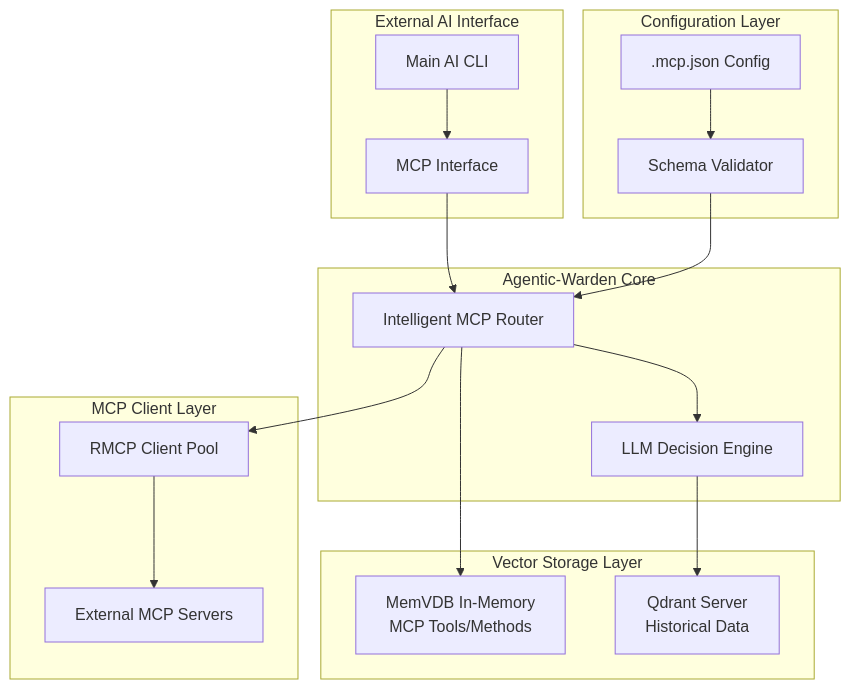
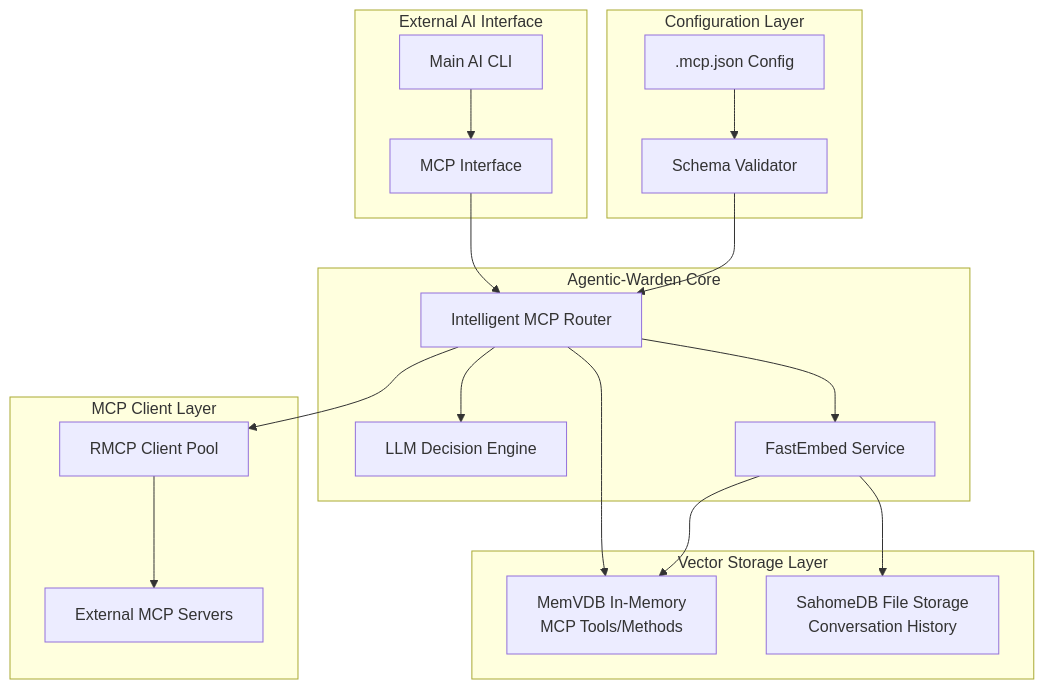
The fifth of 6 diagrams in SPEC/02-ARCHITECTURE.md (putao520/agentic-warden), drawn with Mermaid before and after one commit. The commit also changed other lines of this file and 31 other files, not shown here.

````diff
--- a/SPEC/02-ARCHITECTURE.md
+++ b/SPEC/02-ARCHITECTURE.md
@@ -580,37 +580,40 @@
 ```mermaid
 graph TB
     subgraph "External AI Interface"
         MainAI[Main AI CLI]
         MCPInterface[MCP Interface]
     end
 
     subgraph "Agentic-Warden Core"
         IntelligentRouter[Intelligent MCP Router]
         LLMEngine[LLM Decision Engine]
+        FastEmbed[FastEmbed Service]
     end
 
     subgraph "Vector Storage Layer"
         MemVDB[MemVDB In-Memory<br/>MCP Tools/Methods]
-        Qdrant[Qdrant Server<br/>Historical Data]
+        SahomeDB[SahomeDB File Storage<br/>Conversation History]
     end
 
     subgraph "MCP Client Layer"
         RMCPClientPool[RMCP Client Pool]
         MCPServers[External MCP Servers]
     end
 
     subgraph "Configuration Layer"
         MCPConfig[.mcp.json Config]
         ConfigValidator[Schema Validator]
     end
 
     MainAI --> MCPInterface
     MCPInterface --> IntelligentRouter
     IntelligentRouter --> MemVDB
     IntelligentRouter --> LLMEngine
+    IntelligentRouter --> FastEmbed
     IntelligentRouter --> RMCPClientPool
     RMCPClientPool --> MCPServers
-    LLMEngine --> Qdrant
+    FastEmbed --> MemVDB
+    FastEmbed --> SahomeDB
     MCPConfig --> ConfigValidator
     ConfigValidator --> IntelligentRouter
 ```
````
